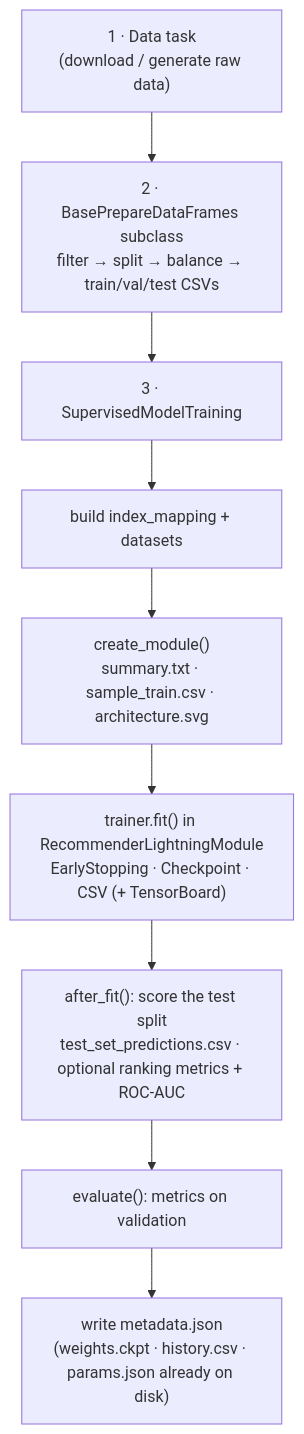
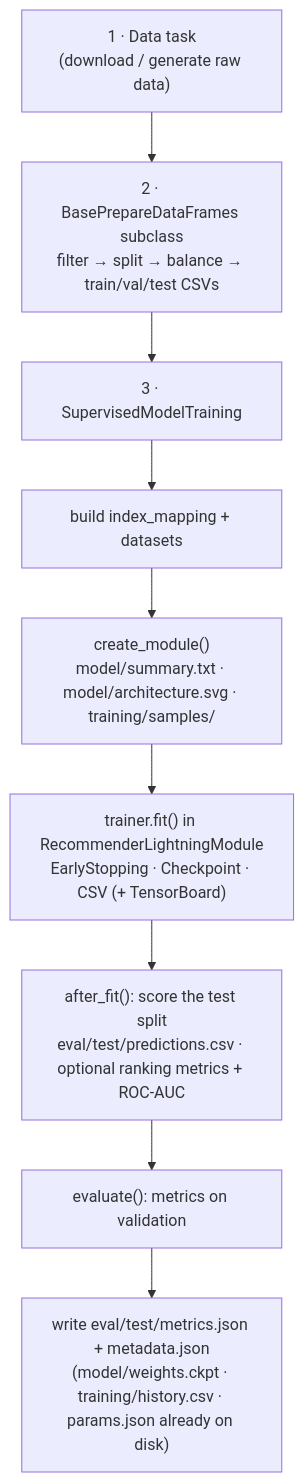
The diagram in docs/concepts/pipeline.md (marlesson/mars-rec), drawn with Mermaid before and after one commit. The commit also changed other lines of this file and 17 other files, not shown here.

First line of the commit message:
feat!: organize training artifacts into model/, training/ and eval/<name>/ (#23)

````diff
--- a/docs/concepts/pipeline.md
+++ b/docs/concepts/pipeline.md
@@ -6,12 +6,12 @@
 ```mermaid
 flowchart TD
     A["1 · Data task<br/>(download / generate raw data)"] --> B
     B["2 · BasePrepareDataFrames subclass<br/>filter → split → balance → train/val/test CSVs"] --> C
     C["3 · SupervisedModelTraining"]
     C --> C1["build index_mapping + datasets"]
-    C1 --> C2["create_module()<br/>summary.txt · sample_train.csv · architecture.svg"]
+    C1 --> C2["create_module()<br/>model/summary.txt · model/architecture.svg · training/samples/"]
     C2 --> C3["trainer.fit() in RecommenderLightningModule<br/>EarlyStopping · Checkpoint · CSV (+ TensorBoard)"]
-    C3 --> C4["after_fit(): score the test split<br/>test_set_predictions.csv · optional ranking metrics + ROC-AUC"]
+    C3 --> C4["after_fit(): score the test split<br/>eval/test/predictions.csv · optional ranking metrics + ROC-AUC"]
     C4 --> C5["evaluate(): metrics on validation"]
-    C5 --> C6["write metadata.json<br/>(weights.ckpt · history.csv · params.json already on disk)"]
+    C5 --> C6["write eval/test/metrics.json + metadata.json<br/>(model/weights.ckpt · training/history.csv · params.json already on disk)"]
 ```
````
